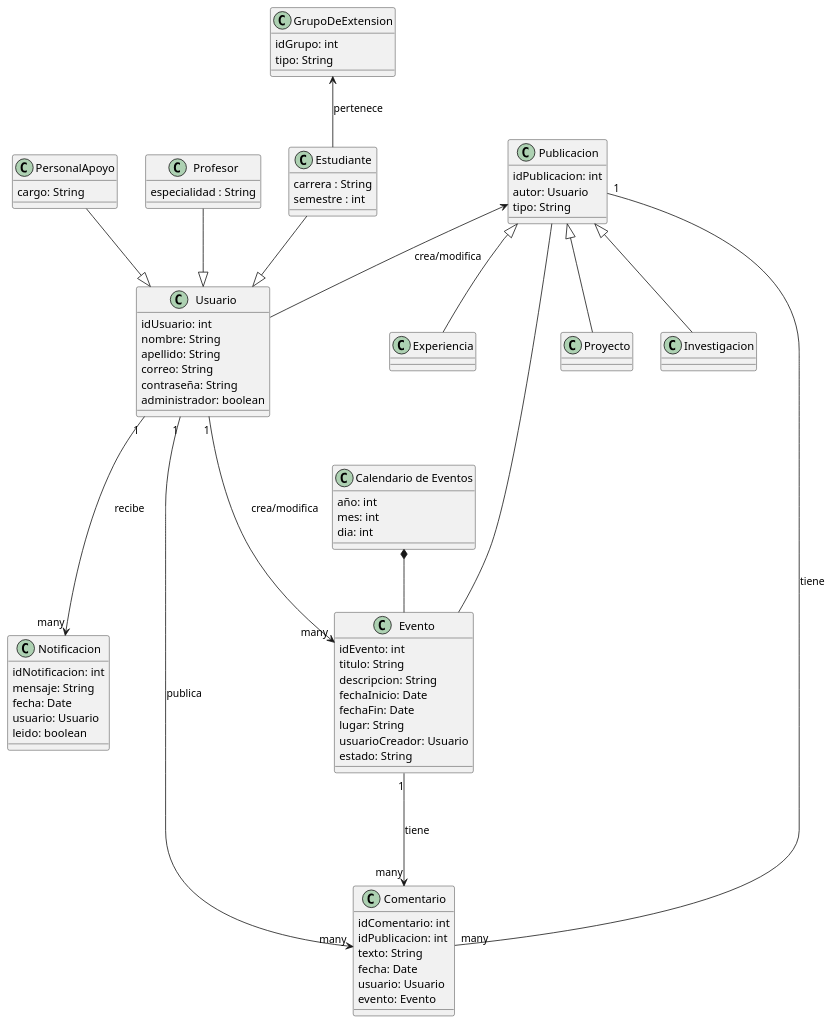
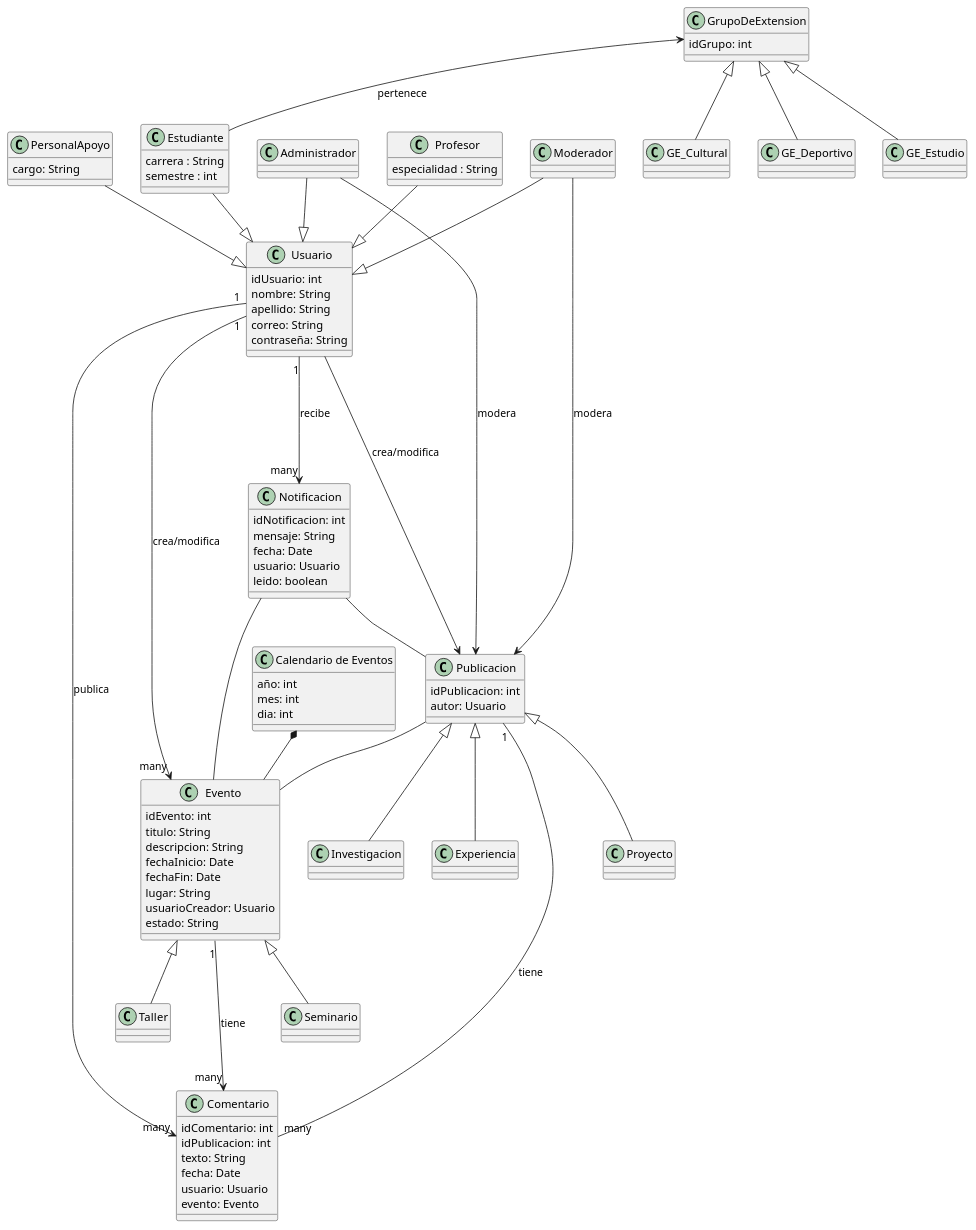
The diagram in docs/scenariosView/Diagrama Clases.plantuml (RolandoU548/Plataforma-Digital-IS), drawn with PlantUML before and after one commit. The commit also changed 3 other files, not shown here.

Commit message:
diagrama clases y diagrama estados

```diff
--- a/docs/scenariosView/Diagrama Clases.plantuml
+++ b/docs/scenariosView/Diagrama Clases.plantuml
@@ -1,101 +1,125 @@
-@startuml proyectoClase
+@startuml proyecto
+
+/'
+Crear el diagrama de clases del modelo del dominio del proyecto. Para lograr esto puede seguir los siguientes pasos:
+
+1.Listar las clases conceptuales candidatas
+2.Representarlas en un diagrama de clases
+3.Añadir las asociaciones necesarias para registrar las relaciones importantes
+4.Añadir los atributos necesarios para satisfacer los requisitos de información
+ 
+Para identificar las clases conceptuales puede utilizar alguna de las siguientes técnicas:
+ 
+1.Descripción Informal
+2.Análisis clásico
+3.Análisis del Dominio
+'/
 
 class "Calendario de Eventos" as Calendario {
     año: int
     mes: int 
     dia: int 
 }
 
 Usuario "1" ---> "many" Evento : crea/modifica
 Usuario "1" ---> "many" Comentario : publica
 Usuario "1" ---> "many" Notificacion : recibe
 
 Profesor --|> Usuario
 Estudiante --|> Usuario
 PersonalApoyo --|> Usuario
+Administrador --|> Usuario
+Moderador --|> Usuario
+Administrador --> Publicacion : modera
+Moderador --> Publicacion : modera
 
 GrupoDeExtension <-- Estudiante : pertenece
+
+GrupoDeExtension <|-- GE_Cultural
+GrupoDeExtension <|-- GE_Deportivo
+GrupoDeExtension <|-- GE_Estudio
 
 Publicacion -- Evento
 Publicacion <-- Usuario : crea/modifica
 Publicacion "1" -- "many" Comentario : tiene
 
 Publicacion <|-- Proyecto
 Publicacion <|-- Investigacion
 Publicacion <|-- Experiencia
 
+Evento <|-- Seminario
+Evento <|-- Taller
+
 Evento "1" ---> "many" Comentario : tiene
 Calendario *-- Evento
+
+Notificacion -- Evento
+Notificacion -- Publicacion 
 
 class Usuario {
     idUsuario: int
     nombre: String
     apellido: String
     correo: String
     contraseña: String
-    administrador: boolean
 }
 
 class Profesor {
     especialidad : String
   }
-
 class Estudiante {
     carrera : String
     semestre : int
-  }
+}
+class PersonalApoyo {
+    cargo: String 
+}
+class Administrador
+class Moderador 
 
 class GrupoDeExtension {
     idGrupo: int
-    tipo: String
 }
+class GE_Deportivo
+class GE_Cultural
+class GE_Estudio
 
-class PersonalApoyo {
-    cargo: String 
+class Publicacion {
+    idPublicacion: int
+    autor: Usuario
 }
-
-class Proyecto {
-
-}
-class Investigacion {
-
-}
-class Experiencia {
-
-}
+class Proyecto
+class Investigacion
+class Experiencia
 
 class Evento {
     idEvento: int
     titulo: String
     descripcion: String
     fechaInicio: Date
     fechaFin: Date
     lugar: String
     usuarioCreador: Usuario
     estado: String
   }
-
-class Publicacion {
-    idPublicacion: int
-    autor: Usuario
-    tipo: String
-}
+class Seminario 
+class Taller
 
 class Comentario {
     idComentario: int
     idPublicacion: int
     texto: String
     fecha: Date
     usuario: Usuario
     evento: Evento
   }
 
 class Notificacion {
     idNotificacion: int
     mensaje: String
     fecha: Date
     usuario: Usuario
     leido: boolean
   }
 
 @enduml
```
